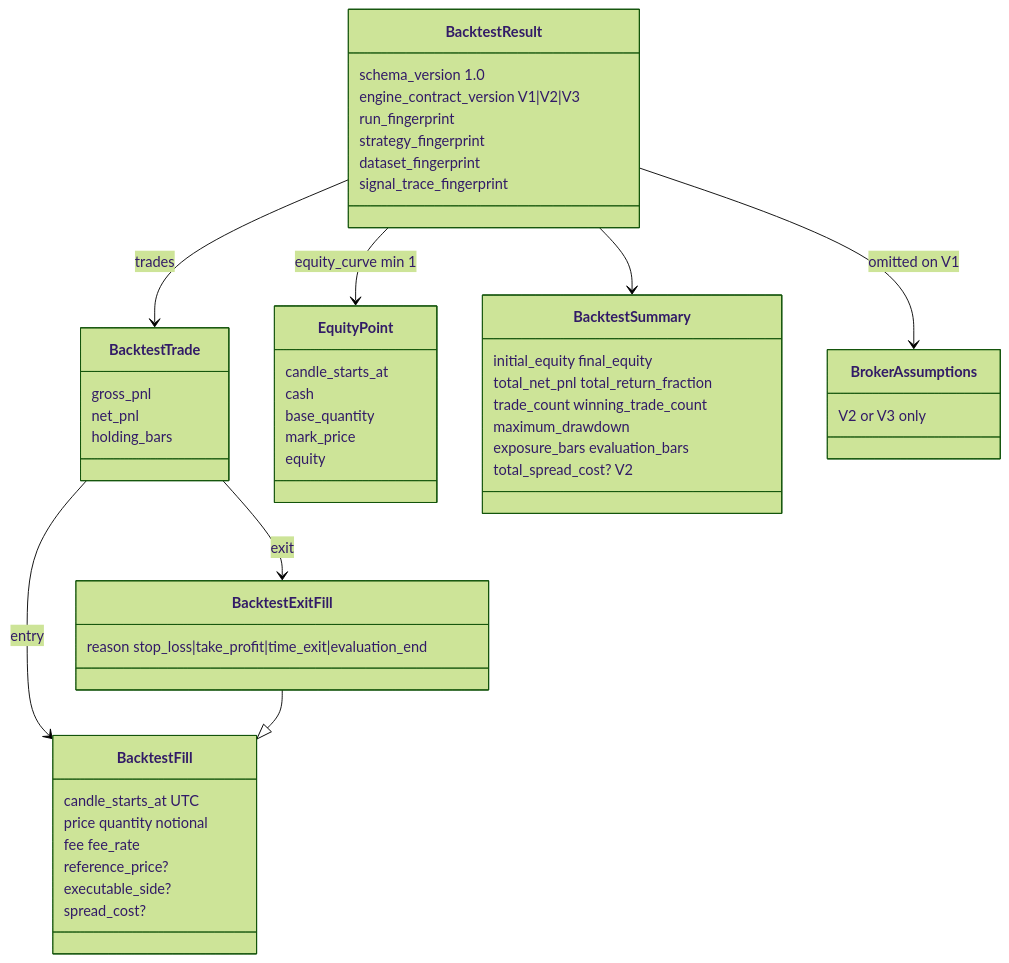
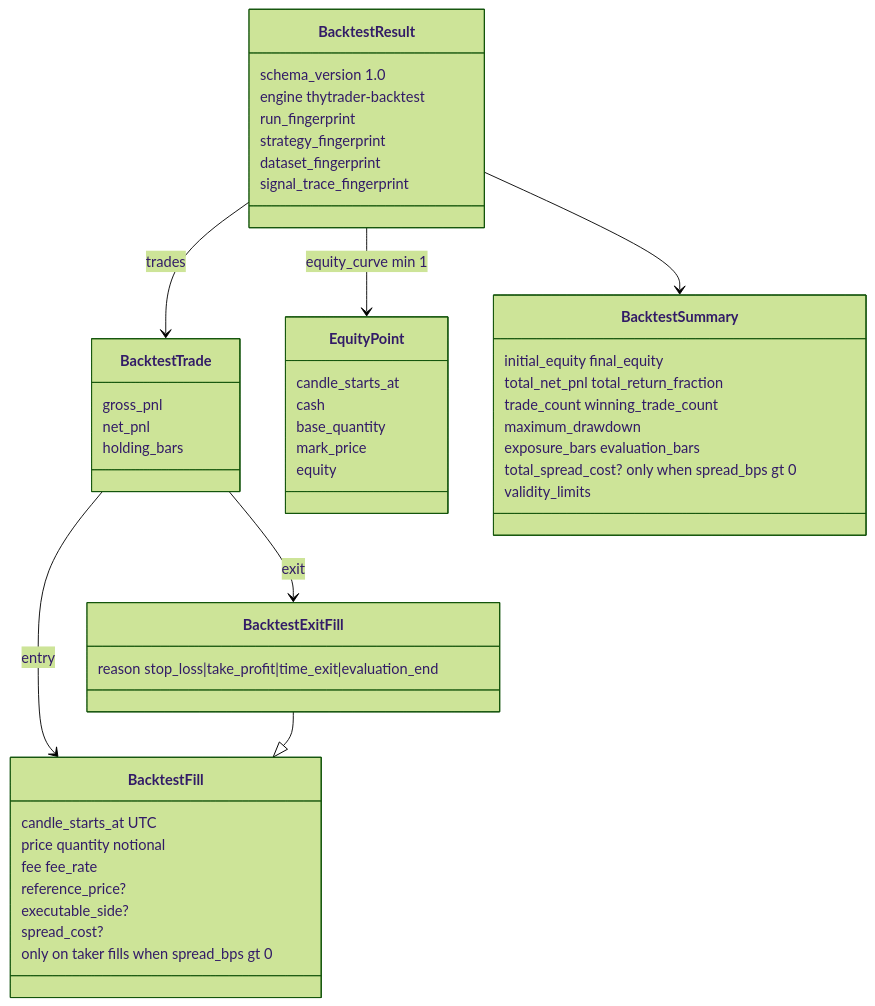
Before and after one commit to Zoltesh/thytrader: the first of 2 diagrams in docs/architecture/contracts/backtest-result.md, drawn with Mermaid (forest theme). The commit also changed other lines of this file and 125 other files, not shown here.

````diff
--- a/docs/architecture/contracts/backtest-result.md
+++ b/docs/architecture/contracts/backtest-result.md
@@ -14,52 +16,50 @@
 ```mermaid
 classDiagram
   class BacktestResult {
     schema_version 1.0
-    engine_contract_version V1|V2|V3
+    engine thytrader-backtest
     run_fingerprint
     strategy_fingerprint
     dataset_fingerprint
     signal_trace_fingerprint
   }
   class BacktestTrade {
     gross_pnl
     net_pnl
     holding_bars
   }
   class BacktestFill {
     candle_starts_at UTC
     price quantity notional
     fee fee_rate
     reference_price?
     executable_side?
     spread_cost?
+    only on taker fills when spread_bps gt 0
   }
   class BacktestExitFill {
     reason stop_loss|take_profit|time_exit|evaluation_end
   }
   class EquityPoint {
     candle_starts_at
     cash
     base_quantity
     mark_price
     equity
   }
   class BacktestSummary {
     initial_equity final_equity
     total_net_pnl total_return_fraction
     trade_count winning_trade_count
     maximum_drawdown
     exposure_bars evaluation_bars
-    total_spread_cost? V2
-  }
-  class BrokerAssumptions {
-    V2 or V3 only
+    total_spread_cost? only when spread_bps gt 0
+    validity_limits
   }
   BacktestResult --> BacktestTrade : trades
   BacktestResult --> EquityPoint : equity_curve min 1
   BacktestResult --> BacktestSummary
-  BacktestResult --> BrokerAssumptions : omitted on V1
   BacktestTrade --> BacktestFill : entry
   BacktestTrade --> BacktestExitFill : exit
   BacktestExitFill --|> BacktestFill
 ```
````
